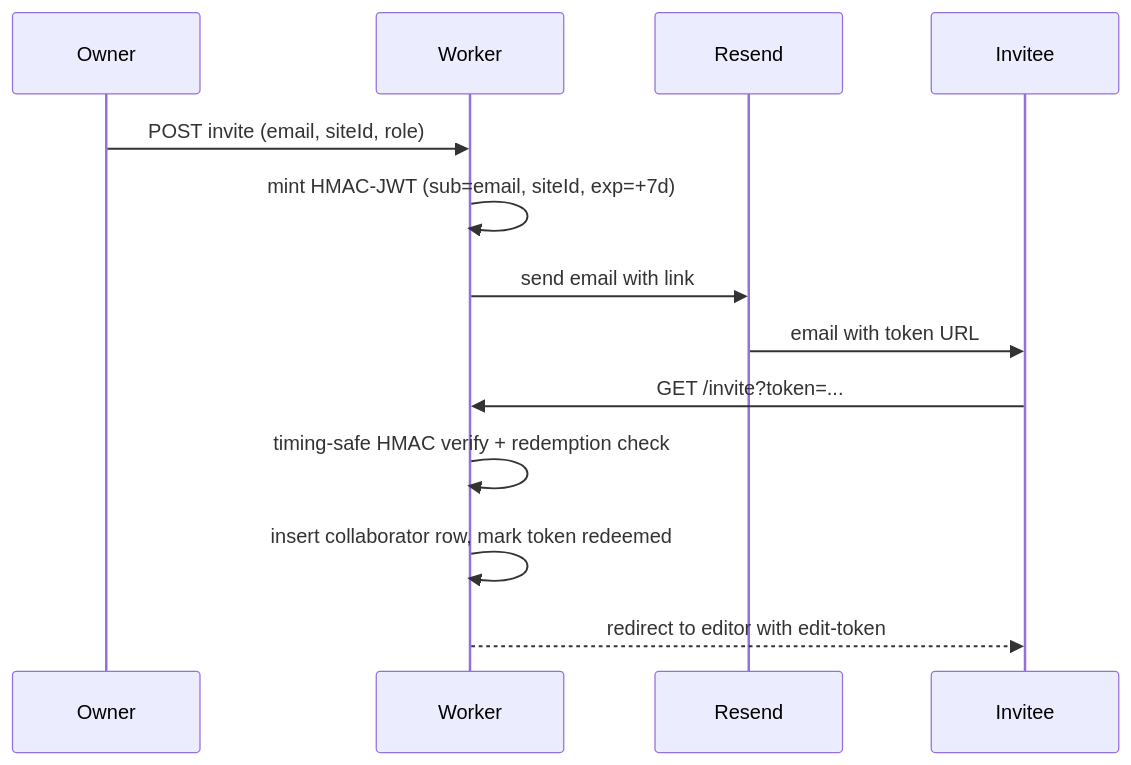
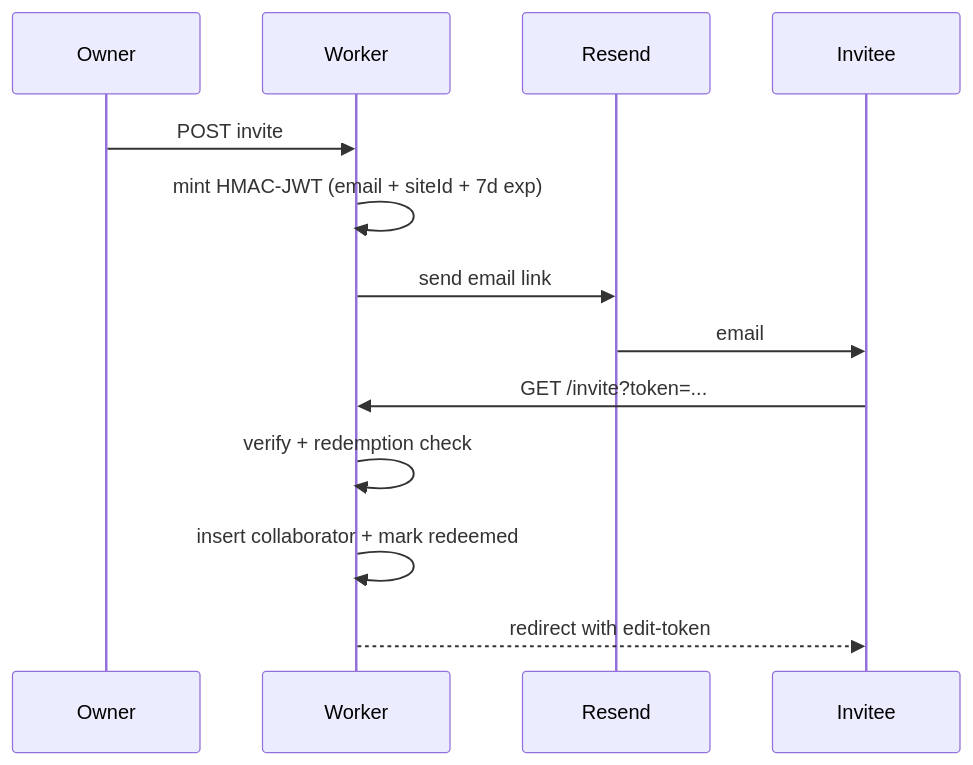
One commit to aayushman-singh/open-canvas changed diagram 12 of 35 in docs/demo/diagrams/live-draw-reference.md. Above: the diagram before and after it, drawn with Mermaid. The commit also changed other lines of this file and 1 other file, not shown here.

````diff
--- a/docs/demo/diagrams/live-draw-reference.md
+++ b/docs/demo/diagrams/live-draw-reference.md
@@ -412,15 +396,15 @@
 ```mermaid
 sequenceDiagram
   participant Owner
   participant W as Worker
   participant Resend
   participant Invitee
-  Owner->>W: POST invite (email, siteId, role)
-  W->>W: mint HMAC-JWT (sub=email, siteId, exp=+7d)
-  W->>Resend: send email with link
-  Resend->>Invitee: email with token URL
+  Owner->>W: POST invite
+  W->>W: mint HMAC-JWT (email + siteId + 7d exp)
+  W->>Resend: send email link
+  Resend->>Invitee: email
   Invitee->>W: GET /invite?token=...
-  W->>W: timing-safe HMAC verify + redemption check
-  W->>W: insert collaborator row, mark token redeemed
-  W-->>Invitee: redirect to editor with edit-token
+  W->>W: verify + redemption check
+  W->>W: insert collaborator + mark redeemed
+  W-->>Invitee: redirect with edit-token
 ```
````
